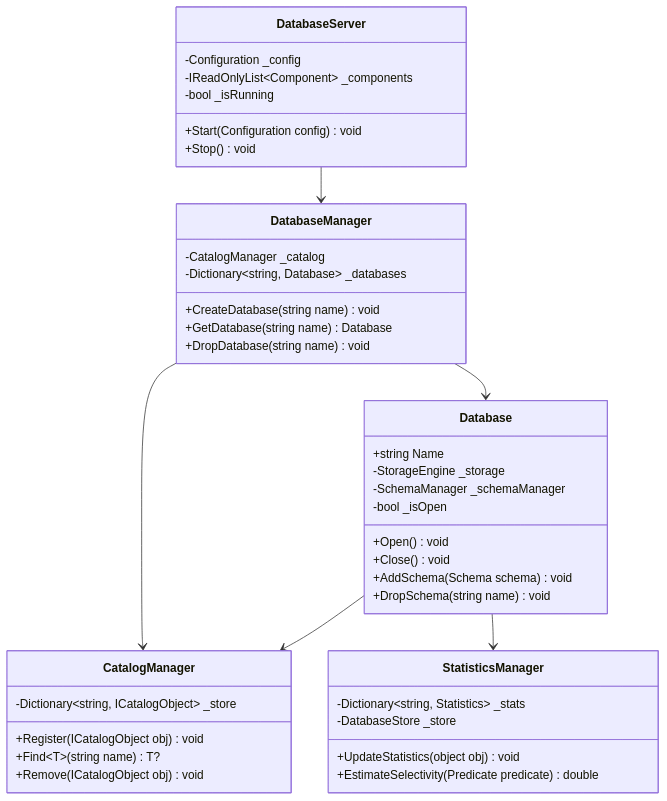
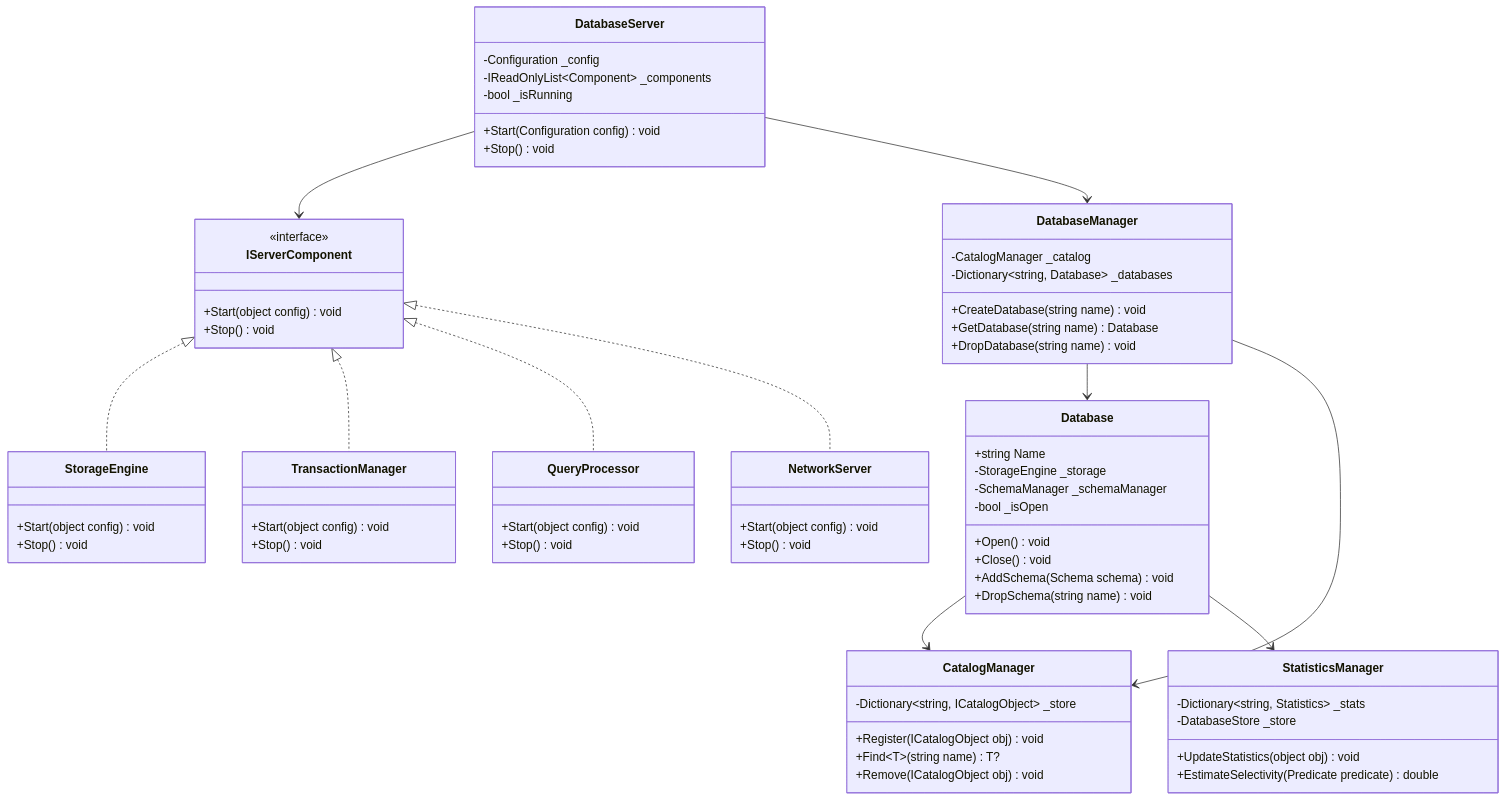
The first of 29 diagrams in docs/sequence-diagrams/database-management/README.md (manaxpow/DBMS), drawn with Mermaid before and after one commit. The commit also changed 8 other files, not shown here.

Commit message:
Implement Facade for DatabaseServer

````diff
--- a/docs/sequence-diagrams/database-management/README.md
+++ b/docs/sequence-diagrams/database-management/README.md
@@ -5,51 +5,82 @@
 ```mermaid
 classDiagram
     direction TB
 
     class DatabaseServer {
         -Configuration _config
         -IReadOnlyList~Component~ _components
         -bool _isRunning
         +Start(Configuration config) void
         +Stop() void
     }
 
     class DatabaseManager {
         -CatalogManager _catalog
         -Dictionary~string, Database~ _databases
         +CreateDatabase(string name) void
         +GetDatabase(string name) Database
         +DropDatabase(string name) void
     }
 
     class Database {
         +string Name
         -StorageEngine _storage
         -SchemaManager _schemaManager
         -bool _isOpen
         +Open() void
         +Close() void
         +AddSchema(Schema schema) void
         +DropSchema(string name) void
     }
 
     class CatalogManager {
         -Dictionary~string, ICatalogObject~ _store
         +Register(ICatalogObject obj) void
         +Find~T~(string name) T?
         +Remove(ICatalogObject obj) void
     }
 
     class StatisticsManager {
         -Dictionary~string, Statistics~ _stats
         -DatabaseStore _store
         +UpdateStatistics(object obj) void
         +EstimateSelectivity(Predicate predicate) double
     }
 
+    class IServerComponent {
+        <<interface>>
+        +Start(object config) void
+        +Stop() void
+    }
+
+    class StorageEngine {
+        +Start(object config) void
+        +Stop() void
+    }
+
+    class TransactionManager {
+        +Start(object config) void
+        +Stop() void
+    }
+
+    class QueryProcessor {
+        +Start(object config) void
+        +Stop() void
+    }
+
+    class NetworkServer {
+        +Start(object config) void
+        +Stop() void
+    }
+
+    IServerComponent <|.. StorageEngine
+    IServerComponent <|.. TransactionManager
+    IServerComponent <|.. QueryProcessor
+    IServerComponent <|.. NetworkServer
+    DatabaseServer --> IServerComponent
     DatabaseServer --> DatabaseManager
     DatabaseManager --> Database
     DatabaseManager --> CatalogManager
     Database --> CatalogManager
     Database --> StatisticsManager
 ```
````
